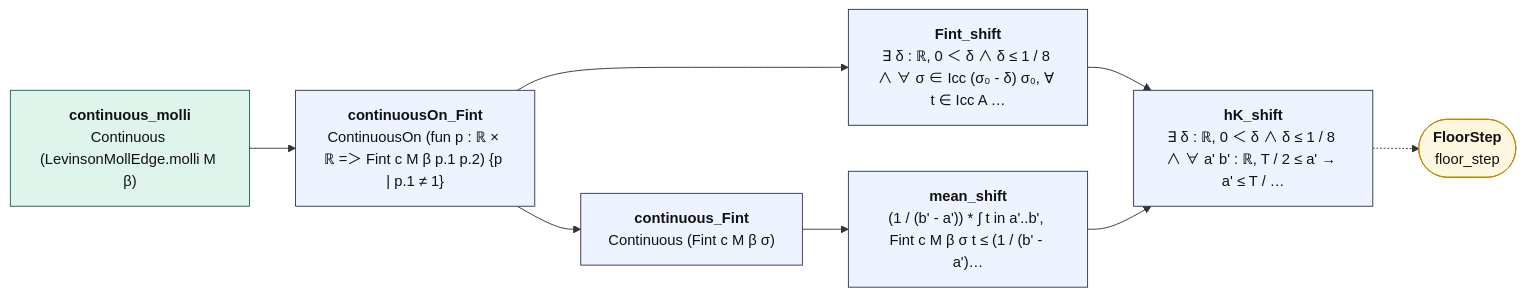
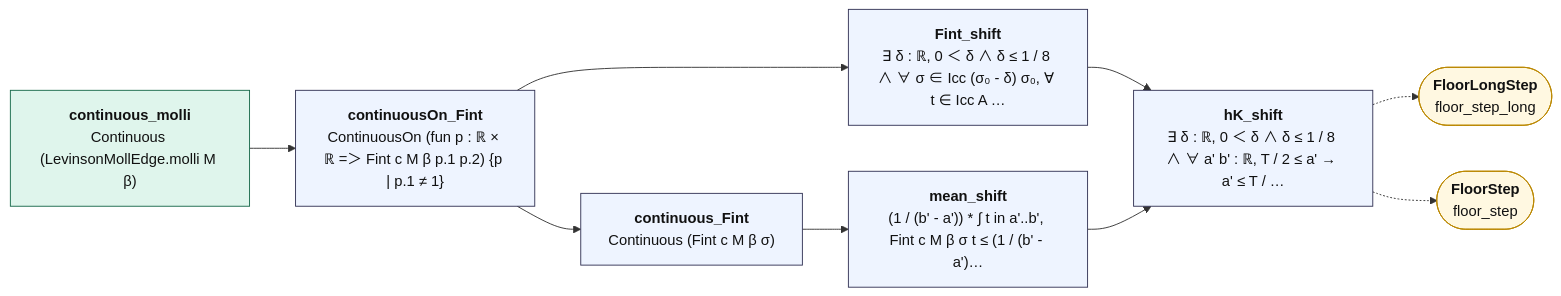
The diagram in map/lean_stage3/FloorStepCont.md (juliansambranojr/Primebeat_081426), drawn with Mermaid before and after one commit. The commit also changed other lines of this file and 64 other files, not shown here.

````diff
--- a/map/lean_stage3/FloorStepCont.md
+++ b/map/lean_stage3/FloorStepCont.md
@@ -14,25 +14,27 @@
 ```mermaid
 flowchart LR
   n0["<b>continuous_molli</b><br/>Continuous (LevinsonMollEdge.molli M β)"]:::cnt
   n1["<b>continuousOn_Fint</b><br/>ContinuousOn (fun p : ℝ × ℝ =＞ Fint c M β p.1 p.2) {p | p.1 ≠ 1}"]:::thm
   n2["<b>continuous_Fint</b><br/>Continuous (Fint c M β σ)"]:::thm
   n3["<b>Fint_shift</b><br/>∃ δ : ℝ, 0 ＜ δ ∧ δ ≤ 1 / 8 ∧ ∀ σ ∈ Icc (σ₀ - δ) σ₀, ∀ t ∈ Icc A …"]:::thm
   n4["<b>mean_shift</b><br/>(1 / (b' - a')) * ∫ t in a'..b', Fint c M β σ t ≤ (1 / (b' - a')…"]:::thm
   n5["<b>hK_shift</b><br/>∃ δ : ℝ, 0 ＜ δ ∧ δ ≤ 1 / 8 ∧ ∀ a' b' : ℝ, T / 2 ≤ a' → a' ≤ T / …"]:::thm
-  x0(["<b>FloorStep</b><br/>floor_step"]):::ext
+  x0(["<b>FloorLongStep</b><br/>floor_step_long"]):::ext
+  x1(["<b>FloorStep</b><br/>floor_step"]):::ext
   n0 --> n1
   n1 --> n2
   n1 --> n3
   n2 --> n4
   n3 --> n5
   n4 --> n5
   n5 -.-> x0
+  n5 -.-> x1
   classDef cnt fill:#dff5ec,stroke:#17694a,color:#111
   classDef shp fill:#f1ecfb,stroke:#5b3fa0,color:#111
   classDef rh fill:#ffe5e5,stroke:#c22,color:#111,stroke-width:2px
   classDef thm fill:#eef4ff,stroke:#335,color:#111
   classDef end_ fill:#e7f7e7,stroke:#2a7,color:#111,stroke-width:2px
   classDef lone fill:#fff,stroke:#999,color:#111,stroke-dasharray:4 3
   classDef bad fill:#ffe5e5,stroke:#c22,color:#111,stroke-width:2px
   classDef ext fill:#fff8e1,stroke:#b80,color:#111
 ```
````
